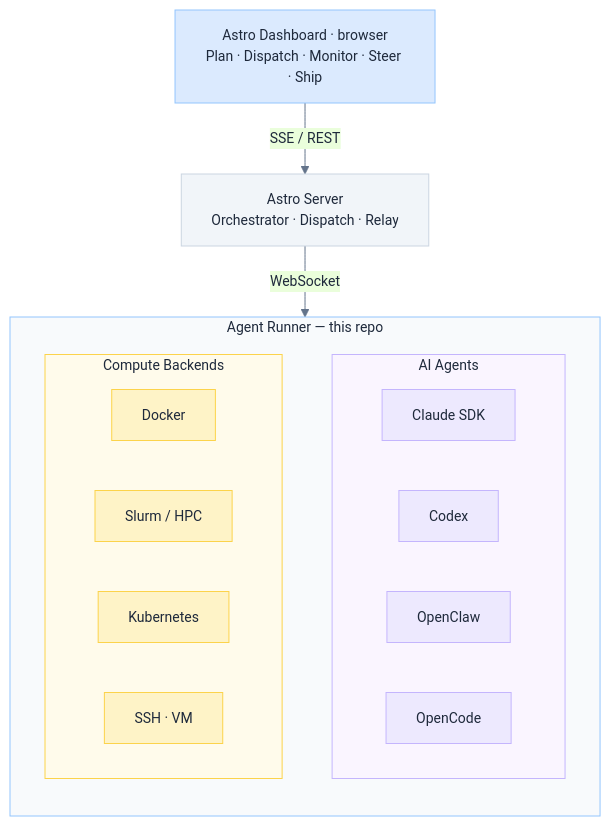
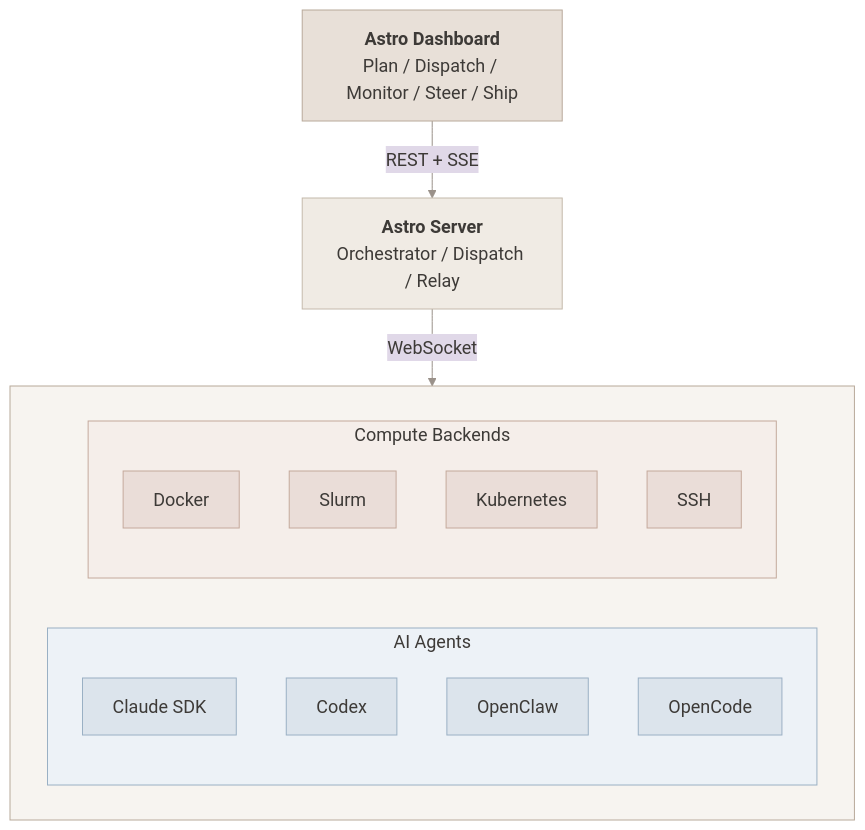
Before and after one commit to astro-anywhere/astro-agent: the diagram in README.md, drawn with Mermaid. The commit also changed other lines of this file, not shown here.

Commit message:
docs: Mermaid diagram with Morandi palette, Palatino font, larger text
- Fix \n rendering (use <br/> for line breaks)
- Morandi warm/sand/sage/mist/rose color palette
- Palatino serif font at 18px
- Separate AI Agents (mist) from Compute Backends (rose)
- LR layout inside runner for better subgraph display

````diff
--- a/README.md
+++ b/README.md
@@ -239,47 +239,49 @@
 ```mermaid
 %%{init: {'theme': 'base', 'themeVariables': {
-  'primaryColor': '#dbeafe',
-  'primaryBorderColor': '#93c5fd',
-  'primaryTextColor': '#1e293b',
-  'lineColor': '#64748b',
-  'textColor': '#334155',
-  'fontSize': '14px',
-  'fontFamily': 'Inter, -apple-system, sans-serif'
+  'primaryColor': '#e8e0d8',
+  'primaryBorderColor': '#b8a99a',
+  'primaryTextColor': '#3d3a37',
+  'lineColor': '#9a918a',
+  'textColor': '#3d3a37',
+  'fontSize': '18px',
+  'fontFamily': 'Palatino, Palatino Linotype, Georgia, serif'
 }}}%%
 flowchart TD
-    classDef blue fill:#dbeafe,stroke:#93c5fd,color:#1e293b
-    classDef green fill:#dcfce7,stroke:#86efac,color:#1e293b
-    classDef amber fill:#fef3c7,stroke:#fcd34b,color:#1e293b
-    classDef slate fill:#f1f5f9,stroke:#cbd5e1,color:#1e293b
-    classDef violet fill:#ede9fe,stroke:#c4b5fd,color:#1e293b
+    classDef warm fill:#e8e0d8,stroke:#b8a99a,color:#3d3a37
+    classDef sand fill:#f0ebe4,stroke:#c4b9ab,color:#3d3a37
+    classDef sage fill:#dde5da,stroke:#a8b8a2,color:#3d3a37
+    classDef mist fill:#dce4ec,stroke:#9ab0c4,color:#3d3a37
+    classDef rose fill:#eaddd8,stroke:#c4a99c,color:#3d3a37
 
-    Dashboard["Astro Dashboard · browser\nPlan · Dispatch · Monitor · Steer · Ship"]:::blue
+    Dashboard["<b>Astro Dashboard</b><br/>Plan / Dispatch / Monitor / Steer / Ship"]:::warm
 
-    Dashboard -->|"SSE / REST"| Server
+    Dashboard -->|"REST + SSE"| Server
 
-    Server["Astro Server\nOrchestrator · Dispatch · Relay"]:::slate
+    Server["<b>Astro Server</b><br/>Orchestrator / Dispatch / Relay"]:::sand
 
     Server -->|"WebSocket"| Runner
 
-    subgraph Runner["Agent Runner — this repo"]
-        direction TB
+    subgraph Runner[" "]
+        direction LR
 
         subgraph agents["AI Agents"]
-            A1["Claude SDK"]:::violet
-            A2["Codex"]:::violet
-            A3["OpenClaw"]:::violet
-            A4["OpenCode"]:::violet
+            direction TB
+            A1["Claude SDK"]:::mist
+            A2["Codex"]:::mist
+            A3["OpenClaw"]:::mist
+            A4["OpenCode"]:::mist
         end
 
         subgraph compute["Compute Backends"]
-            C1["Docker"]:::amber
-            C2["Slurm / HPC"]:::amber
-            C3["Kubernetes"]:::amber
-            C4["SSH · VM"]:::amber
+            direction TB
+            C1["Docker"]:::rose
+            C2["Slurm"]:::rose
+            C3["Kubernetes"]:::rose
+            C4["SSH"]:::rose
         end
     end
 
-    style Runner fill:#f8fafc,stroke:#93c5fd,color:#1e293b
-    style agents fill:#faf5ff,stroke:#c4b5fd,color:#1e293b
-    style compute fill:#fffbeb,stroke:#fcd34b,color:#1e293b
+    style Runner fill:#f7f4f0,stroke:#b8a99a,color:#3d3a37,font-size:18px
+    style agents fill:#edf2f7,stroke:#9ab0c4,color:#3d3a37
+    style compute fill:#f5eeea,stroke:#c4a99c,color:#3d3a37
 ```
````
